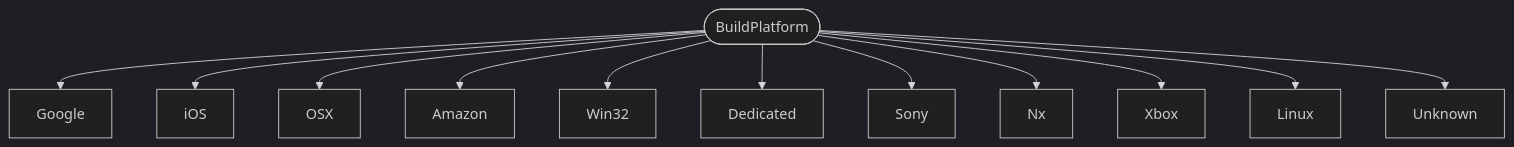
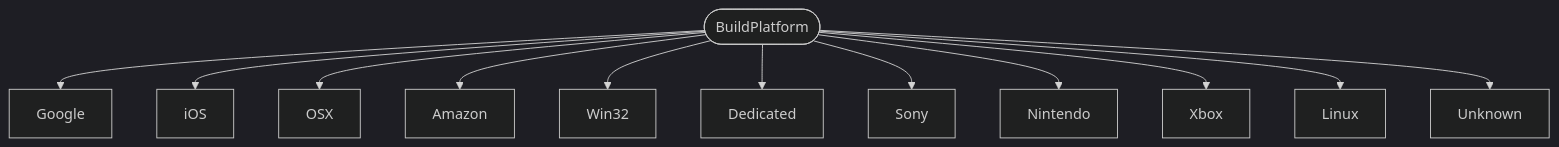
The diagram in schemas/enums/BuildPlatform.md (bedrock-v/protocol-docs), drawn with Mermaid (dark theme) before and after one commit. The commit also changed 114 other files, not shown here.

````diff
--- a/schemas/enums/BuildPlatform.md
+++ b/schemas/enums/BuildPlatform.md
@@ -5,15 +5,15 @@
 ```mermaid
 flowchart TB
   ROOT(["BuildPlatform"])
   ROOT --> Google["Google"]
   ROOT --> iOS["iOS"]
   ROOT --> OSX["OSX"]
   ROOT --> Amazon["Amazon"]
   ROOT --> Win32["Win32"]
   ROOT --> Dedicated["Dedicated"]
   ROOT --> Sony["Sony"]
-  ROOT --> Nx["Nx"]
+  ROOT --> Nintendo["Nintendo"]
   ROOT --> Xbox["Xbox"]
   ROOT --> Linux["Linux"]
   ROOT --> Unknown["Unknown"]
 ```
````
